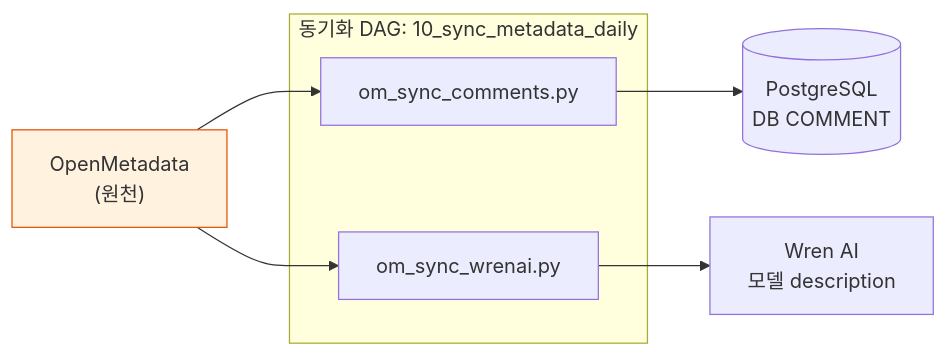
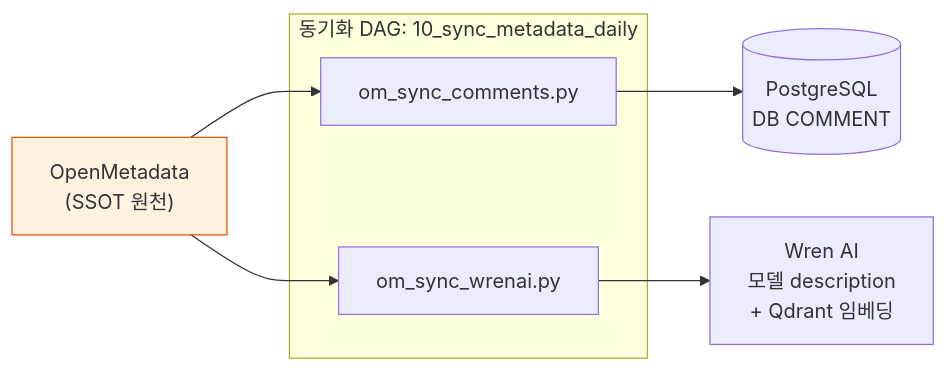
Before and after one commit to izzyLim/BIP-Pipeline: the seventh of 9 diagrams in docs/guide_openmetadata.md, drawn with Mermaid. The commit also changed other lines of this file and 3 other files, not shown here.

````diff
--- a/docs/guide_openmetadata.md
+++ b/docs/guide_openmetadata.md
@@ -933,17 +1154,17 @@
 ```mermaid
 graph LR
-    OM["OpenMetadata<br/>(원천)"]
+    OM["OpenMetadata<br/>(SSOT 원천)"]
 
     subgraph "동기화 DAG: 10_sync_metadata_daily"
         SYNC1["om_sync_comments.py"]
         SYNC2["om_sync_wrenai.py"]
     end
 
     DB[(PostgreSQL<br/>DB COMMENT)]
-    WREN[Wren AI<br/>모델 description]
+    WREN[Wren AI<br/>모델 description<br/>+ Qdrant 임베딩]
 
     OM --> SYNC1 --> DB
     OM --> SYNC2 --> WREN
 
     style OM fill:#fff3e0,stroke:#e65100
 ```
````
